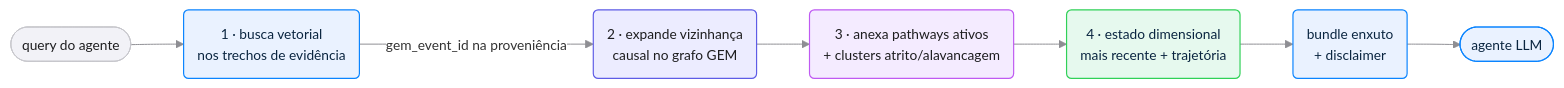
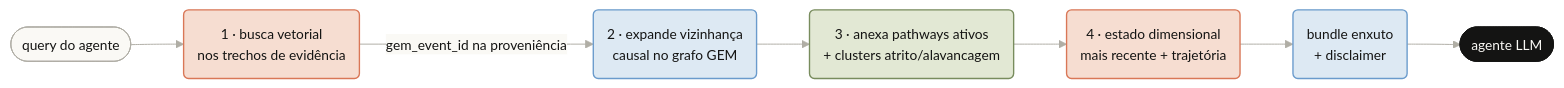
Before and after one commit to myselfgus/patient-memory: the fifth of 8 diagrams in README.md, drawn with Mermaid. The commit also changed other lines of this file, not shown here.

Commit message:
style(readme): aplica identidade de marca Anthropic (Poppins + paleta areia/tinta + acentos orange/blue/green); remove mindmap do Espaco Mental

````diff
--- a/README.md
+++ b/README.md
@@ -227,22 +238,23 @@
 ```mermaid
-%%{init: {"theme":"base","themeVariables":{"fontFamily":"-apple-system, BlinkMacSystemFont, Segoe UI, Helvetica, Arial, sans-serif","fontSize":"14px","lineColor":"#8E8E93","edgeLabelBackground":"#FFFFFF"},"flowchart":{"curve":"basis","htmlLabels":true,"padding":14,"nodeSpacing":46,"rankSpacing":54}}}%%
+%%{init: {"theme":"base","themeVariables":{"fontFamily":"Poppins, Arial, Helvetica, sans-serif","fontSize":"14px","primaryColor":"#faf9f5","primaryTextColor":"#141413","primaryBorderColor":"#b0aea5","lineColor":"#b0aea5","edgeLabelBackground":"#faf9f5"},"flowchart":{"curve":"basis","htmlLabels":true,"padding":14,"nodeSpacing":46,"rankSpacing":54}}}%%
 flowchart LR
     Q(["query do agente"]) --> V("1 · busca vetorial<br/>nos trechos de evidência")
     V -->|gem_event_id na proveniência| G("2 · expande vizinhança<br/>causal no grafo GEM")
     G --> P("3 · anexa pathways ativos<br/>+ clusters atrito/alavancagem")
     P --> S("4 · estado dimensional<br/>mais recente + trajetória")
     S --> B("bundle enxuto<br/>+ disclaimer")
     B --> A(["agente LLM"])
 
-    classDef blue fill:#EAF2FF,stroke:#0A84FF,stroke-width:1.2px,color:#0A2540
-    classDef indigo fill:#ECECFF,stroke:#5E5CE6,stroke-width:1.2px,color:#1D1D1F
-    classDef purple fill:#F4EBFF,stroke:#BF5AF2,stroke-width:1.2px,color:#1D1D1F
-    classDef green fill:#E6F9EE,stroke:#30D158,stroke-width:1.2px,color:#0A2540
-    classDef gray fill:#F2F2F7,stroke:#C7C7CC,stroke-width:1px,color:#1D1D1F
-    class Q gray
-    class V blue
-    class G indigo
-    class P purple
-    class S green
-    class B,A blue
+    classDef orange fill:#f6ddd1,stroke:#d97757,stroke-width:1.4px,color:#141413
+    classDef blue fill:#dde9f3,stroke:#6a9bcc,stroke-width:1.4px,color:#141413
+    classDef green fill:#e2e8d4,stroke:#788c5d,stroke-width:1.4px,color:#141413
+    classDef sand fill:#faf9f5,stroke:#b0aea5,stroke-width:1px,color:#141413
+    classDef ink fill:#141413,stroke:#141413,stroke-width:1px,color:#faf9f5
+    class Q sand
+    class V orange
+    class G blue
+    class P green
+    class S orange
+    class B blue
+    class A ink
 ```
````
